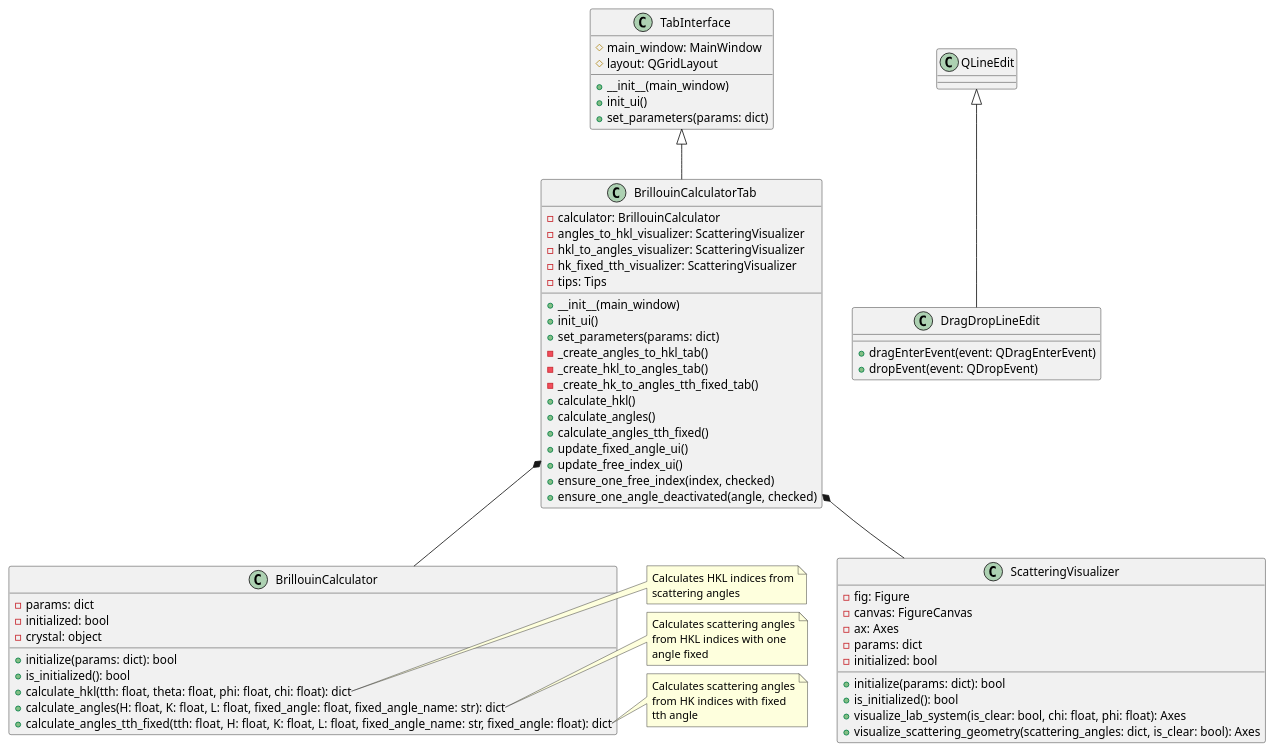
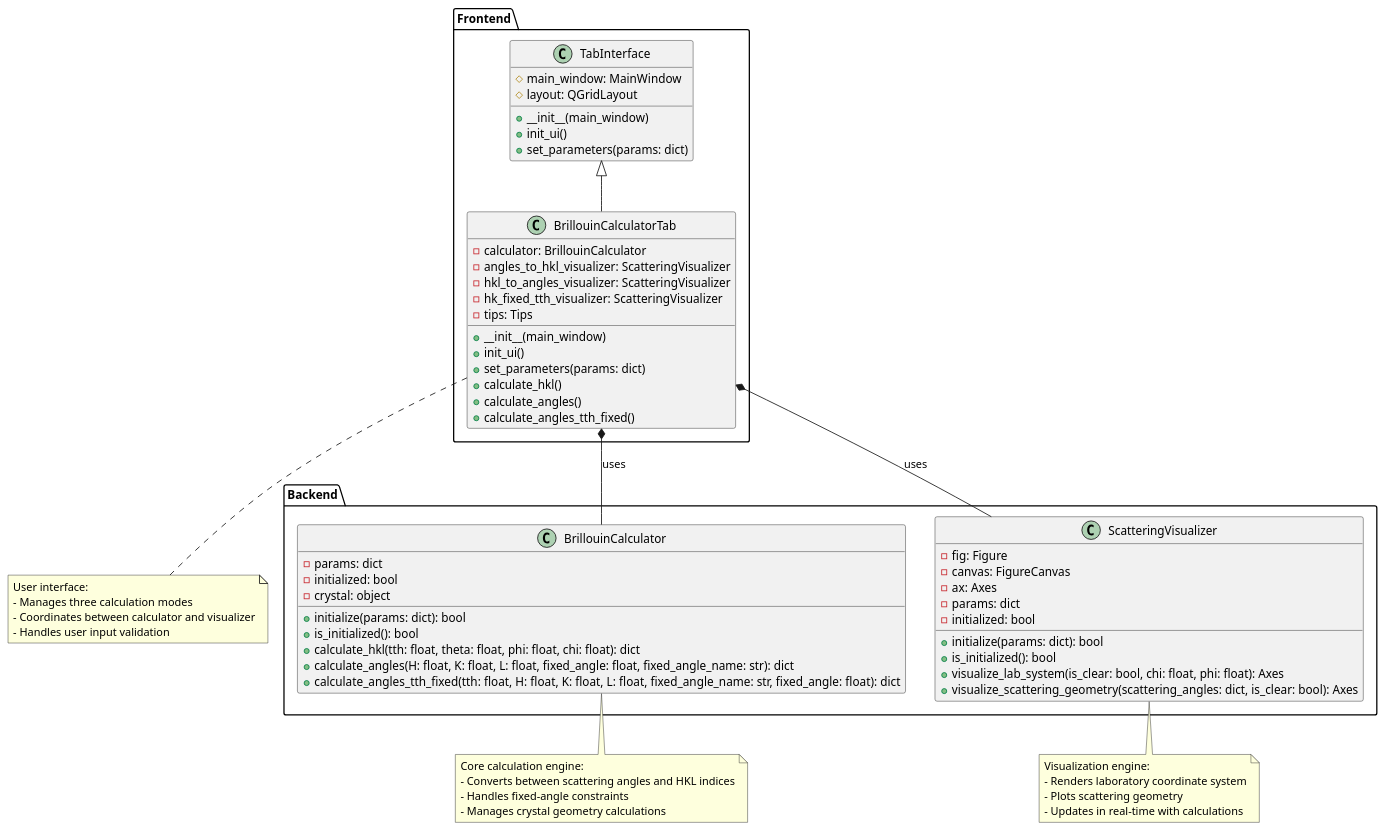
One commit to HongXunyang/rixs_pre_toolbox changed the first of 2 diagrams in uml/brillouin_calculator.puml. Above: the diagram before and after it, drawn with PlantUML. The commit also changed other lines of this file and 1 other file, not shown here.

Commit message:
uml updated

```diff
--- a/uml/brillouin_calculator.puml
+++ b/uml/brillouin_calculator.puml
@@ -1,82 +1,77 @@
-@startuml Brillouin Calculator
+@startuml Brillouin Calculator - Class Diagram
 
-class BrillouinCalculator {
-  - params: dict
-  - initialized: bool
-  - crystal: object
-  + initialize(params: dict): bool
-  + is_initialized(): bool
-  + calculate_hkl(tth: float, theta: float, phi: float, chi: float): dict
-  + calculate_angles(H: float, K: float, L: float, fixed_angle: float, fixed_angle_name: str): dict
-  + calculate_angles_tth_fixed(tth: float, H: float, K: float, L: float, fixed_angle_name: str, fixed_angle: float): dict
+package "Backend" {
+  class BrillouinCalculator {
+    - params: dict
+    - initialized: bool
+    - crystal: object
+    + initialize(params: dict): bool
+    + is_initialized(): bool
+    + calculate_hkl(tth: float, theta: float, phi: float, chi: float): dict
+    + calculate_angles(H: float, K: float, L: float, fixed_angle: float, fixed_angle_name: str): dict
+    + calculate_angles_tth_fixed(tth: float, H: float, K: float, L: float, fixed_angle_name: str, fixed_angle: float): dict
+  }
+
+  class ScatteringVisualizer {
+    - fig: Figure
+    - canvas: FigureCanvas
+    - ax: Axes
+    - params: dict
+    - initialized: bool
+    + initialize(params: dict): bool
+    + is_initialized(): bool
+    + visualize_lab_system(is_clear: bool, chi: float, phi: float): Axes
+    + visualize_scattering_geometry(scattering_angles: dict, is_clear: bool): Axes
+  }
 }
 
-class TabInterface {
-  # main_window: MainWindow
-  # layout: QGridLayout
-  + __init__(main_window)
-  + init_ui()
-  + set_parameters(params: dict)
-}
+package "Frontend" {
+  class TabInterface {
+    # main_window: MainWindow
+    # layout: QGridLayout
+    + __init__(main_window)
+    + init_ui()
+    + set_parameters(params: dict)
+  }
 
-class BrillouinCalculatorTab {
-  - calculator: BrillouinCalculator
-  - angles_to_hkl_visualizer: ScatteringVisualizer
-  - hkl_to_angles_visualizer: ScatteringVisualizer
-  - hk_fixed_tth_visualizer: ScatteringVisualizer
-  - tips: Tips
-  + __init__(main_window)
-  + init_ui()
-  + set_parameters(params: dict)
-  - _create_angles_to_hkl_tab()
-  - _create_hkl_to_angles_tab()
-  - _create_hk_to_angles_tth_fixed_tab()
-  + calculate_hkl()
-  + calculate_angles()
-  + calculate_angles_tth_fixed()
-  + update_fixed_angle_ui()
-  + update_free_index_ui()
-  + ensure_one_free_index(index, checked)
-  + ensure_one_angle_deactivated(angle, checked)
-}
-
-class ScatteringVisualizer {
-  - fig: Figure
-  - canvas: FigureCanvas
-  - ax: Axes
-  - params: dict
-  - initialized: bool
-  + initialize(params: dict): bool
-  + is_initialized(): bool
-  + visualize_lab_system(is_clear: bool, chi: float, phi: float): Axes
-  + visualize_scattering_geometry(scattering_angles: dict, is_clear: bool): Axes
-}
-
-class DragDropLineEdit {
-  + dragEnterEvent(event: QDragEnterEvent)
-  + dropEvent(event: QDropEvent)
+  class BrillouinCalculatorTab {
+    - calculator: BrillouinCalculator
+    - angles_to_hkl_visualizer: ScatteringVisualizer
+    - hkl_to_angles_visualizer: ScatteringVisualizer
+    - hk_fixed_tth_visualizer: ScatteringVisualizer
+    - tips: Tips
+    + __init__(main_window)
+    + init_ui()
+    + set_parameters(params: dict)
+    + calculate_hkl()
+    + calculate_angles()
+    + calculate_angles_tth_fixed()
+  }
 }
 
 TabInterface <|-- BrillouinCalculatorTab
-BrillouinCalculatorTab *-- BrillouinCalculator
-BrillouinCalculatorTab *-- ScatteringVisualizer
-QLineEdit <|-- DragDropLineEdit
+BrillouinCalculatorTab *-- BrillouinCalculator : uses
+BrillouinCalculatorTab *-- ScatteringVisualizer : uses
 
-note right of BrillouinCalculator::calculate_hkl
-  Calculates HKL indices from
-  scattering angles
+note bottom of BrillouinCalculator
+  Core calculation engine:
+  - Converts between scattering angles and HKL indices
+  - Handles fixed-angle constraints
+  - Manages crystal geometry calculations
 end note
 
-note right of BrillouinCalculator::calculate_angles
-  Calculates scattering angles
-  from HKL indices with one
-  angle fixed
+note bottom of ScatteringVisualizer
+  Visualization engine:
+  - Renders laboratory coordinate system
+  - Plots scattering geometry
+  - Updates in real-time with calculations
 end note
 
-note right of BrillouinCalculator::calculate_angles_tth_fixed
-  Calculates scattering angles
-  from HK indices with fixed
-  tth angle
+note bottom of BrillouinCalculatorTab
+  User interface:
+  - Manages three calculation modes
+  - Coordinates between calculator and visualizer
+  - Handles user input validation
 end note
 
-@enduml 
+@enduml
```
